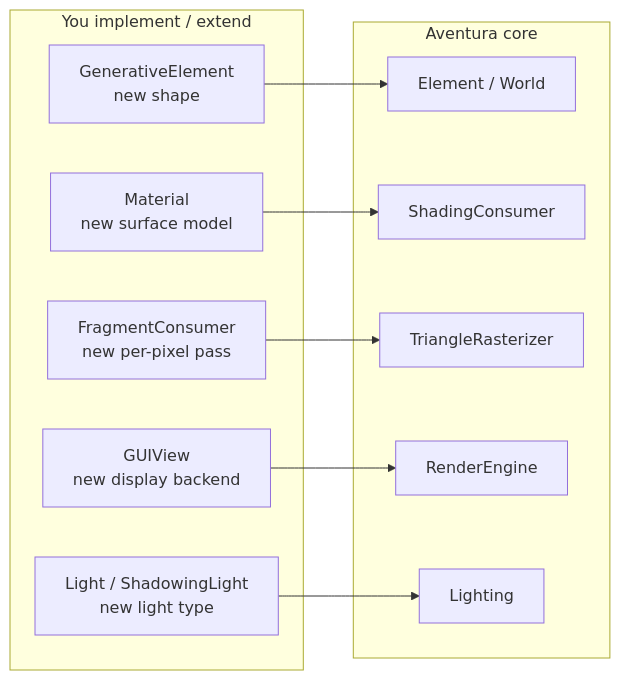
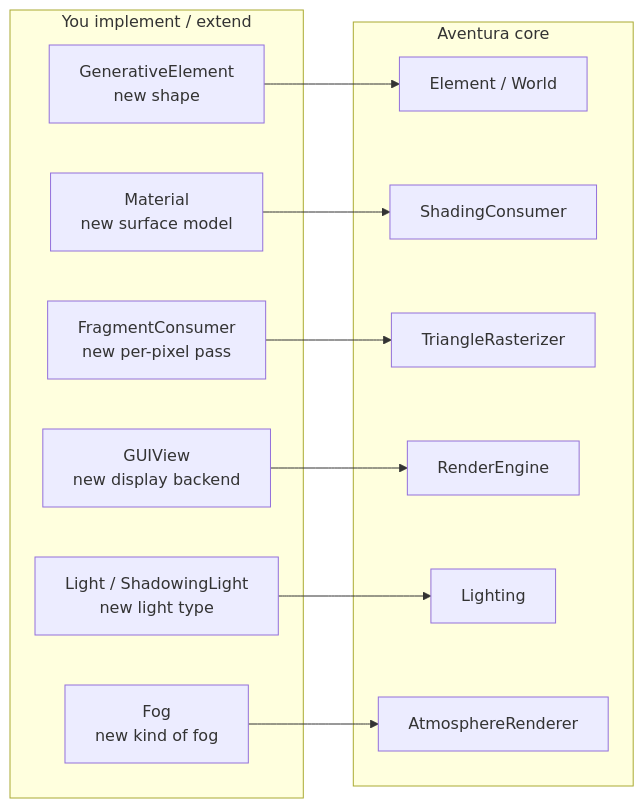
Before and after one commit to obarry/Aventura: diagram 18 of 22 in docs/DESIGN.md, drawn with Mermaid. The commit also changed other lines of this file and 35 other files, not shown here.

````diff
--- a/docs/DESIGN.md
+++ b/docs/DESIGN.md
@@ -811,22 +872,25 @@
 ```mermaid
 flowchart LR
     subgraph EXT["You implement / extend"]
         E1["GenerativeElement<br/>new shape"]
         E2["Material<br/>new surface model"]
         E3["FragmentConsumer<br/>new per-pixel pass"]
         E4["GUIView<br/>new display backend"]
         E5["Light / ShadowingLight<br/>new light type"]
+        E6["Fog<br/>new kind of fog"]
     end
     subgraph CORE["Aventura core"]
         C1[Element / World]
         C2[ShadingConsumer]
         C3[TriangleRasterizer]
         C4[RenderEngine]
         C5[Lighting]
+        C6[AtmosphereRenderer]
     end
     E1 --> C1
     E2 --> C2
     E3 --> C3
     E4 --> C4
     E5 --> C5
+    E6 --> C6
 ```
````
